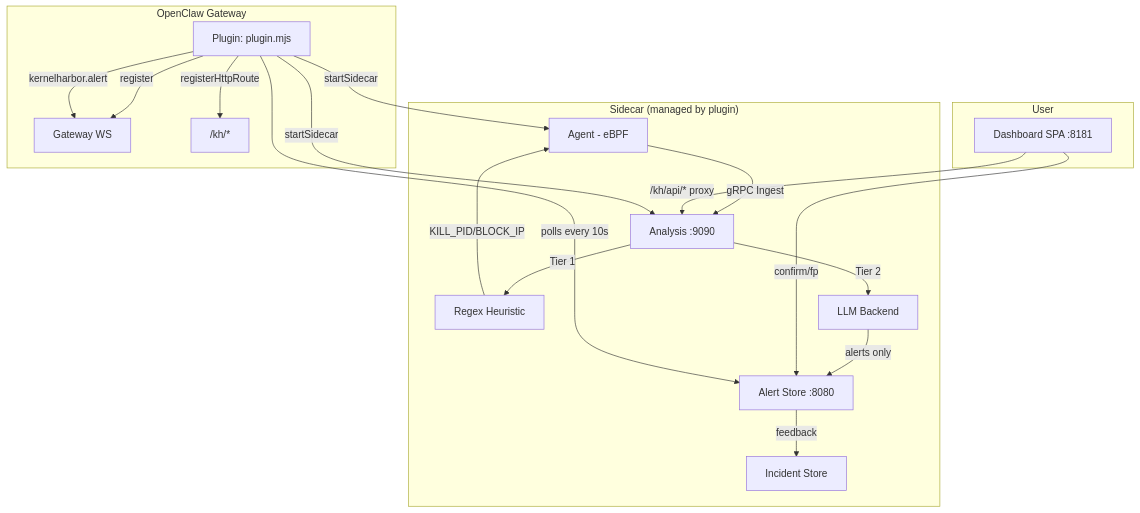
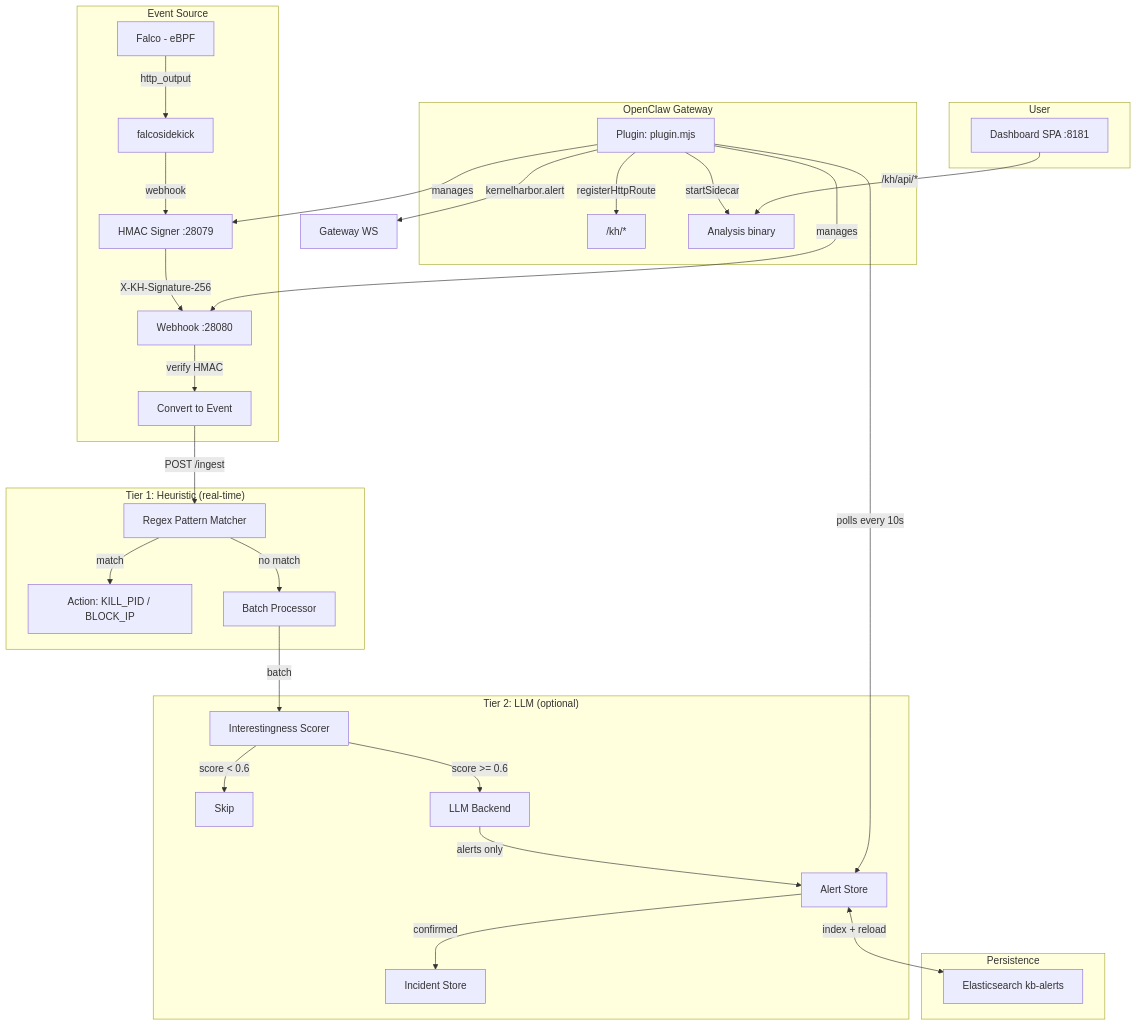
One commit to fr4nsyz/KernelHarbor changed the first of 2 diagrams in kernelharbor-openclaw/README.md. Above: the diagram before and after it, drawn with Mermaid. The commit also changed other lines of this file and 1 other file, not shown here.

Commit message:
final readmes for both plugin and main

````diff
--- a/kernelharbor-openclaw/README.md
+++ b/kernelharbor-openclaw/README.md
@@ -18,26 +12,41 @@
 ```mermaid
 graph TB
-    subgraph "OpenClaw Gateway"
-        P[Plugin: plugin.mjs] -->|register| GW[Gateway WS]
-        P -->|registerHttpRoute| R["/kh/*"]
+    subgraph "Event Source"
+        F[Falco - eBPF] -->|http_output| FS[falcosidekick]
+        FS -->|webhook| SG[HMAC Signer :28079]
+        SG -->|X-KH-Signature-256| WH[Webhook :28080]
+        WH -->|verify HMAC| CNV[Convert to Event]
     end
 
-    subgraph "Sidecar (managed by plugin)"
-        AG[Agent - eBPF] -->|gRPC Ingest| AN[Analysis :9090]
-        AN -->|Tier 1| HEUR[Regex Heuristic]
-        HEUR -->|KILL_PID/BLOCK_IP| AG
-        AN -->|Tier 2| LLM[LLM Backend]
-        LLM -->|alerts only| AL[Alert Store :8080]
-        AL -->|feedback| INC[Incident Store]
+    subgraph "OpenClaw Gateway"
+        P[Plugin: plugin.mjs] -->|registerHttpRoute| R["/kh/*"]
+        P -->|startSidecar| AN[Analysis binary]
+    end
+
+    subgraph "Tier 1: Heuristic (real-time)"
+        CNV -->|POST /ingest| H1[Regex Pattern Matcher]
+        H1 -->|match| H2[Action: KILL_PID / BLOCK_IP]
+        H1 -->|no match| H3[Batch Processor]
+    end
+
+    subgraph "Tier 2: LLM (optional)"
+        H3 -->|batch| IS[Interestingness Scorer]
+        IS -->|score < 0.6| D1[Skip]
+        IS -->|score >= 0.6| LLM[LLM Backend]
+        LLM -->|alerts only| AL[Alert Store]
+        AL -->|confirmed| RAG[Incident Store]
+    end
+
+    subgraph "Persistence"
+        AL <-->|index + reload| ES[Elasticsearch kb-alerts]
     end
 
     subgraph "User"
-        D[Dashboard SPA :8181] -->|/kh/api/* proxy| AN
-        D -->|confirm/fp| AL
+        D[Dashboard SPA :8181] -->|/kh/api/*| AN
     end
 
-    P -->|startSidecar| AG
-    P -->|startSidecar| AN
+    P -->|manages| SG
+    P -->|manages| WH
     P -->|polls every 10s| AL
-    P -->|kernelharbor.alert| GW
+    P -->|kernelharbor.alert| GW[Gateway WS]
 ```
````
